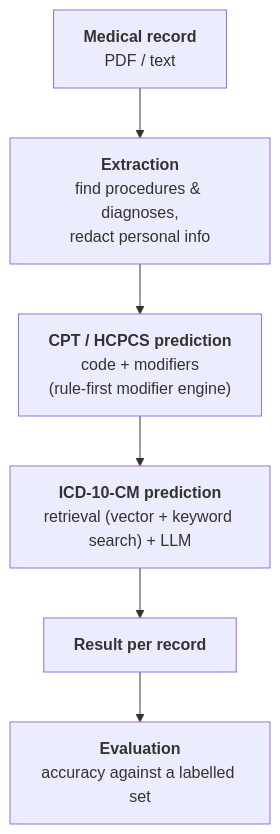
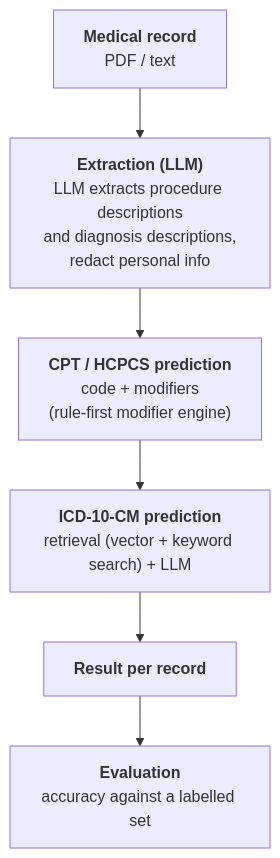
One commit to ALIKAZMI001/medical-coding-ai changed the diagram in README.md. Above: the diagram before and after it, drawn with Mermaid. The commit also changed other lines of this file, not shown here.

Commit message:
Extraction step: an LLM extracts procedure and diagnosis descriptions

````diff
--- a/README.md
+++ b/README.md
@@ -13,8 +13,8 @@
 ```mermaid
 flowchart TD
-    A["<b>Medical record</b><br/>PDF / text"] --> B["<b>Extraction</b><br/>find procedures & diagnoses,<br/>redact personal info"]
+    A["<b>Medical record</b><br/>PDF / text"] --> B["<b>Extraction (LLM)</b><br/>LLM extracts procedure descriptions<br/>and diagnosis descriptions,<br/>redact personal info"]
     B --> C["<b>CPT / HCPCS prediction</b><br/>code + modifiers<br/>(rule-first modifier engine)"]
     C --> D["<b>ICD-10-CM prediction</b><br/>retrieval (vector + keyword search) + LLM"]
     D --> E["<b>Result per record</b>"]
     E --> F["<b>Evaluation</b><br/>accuracy against a labelled set"]
 ```
````
